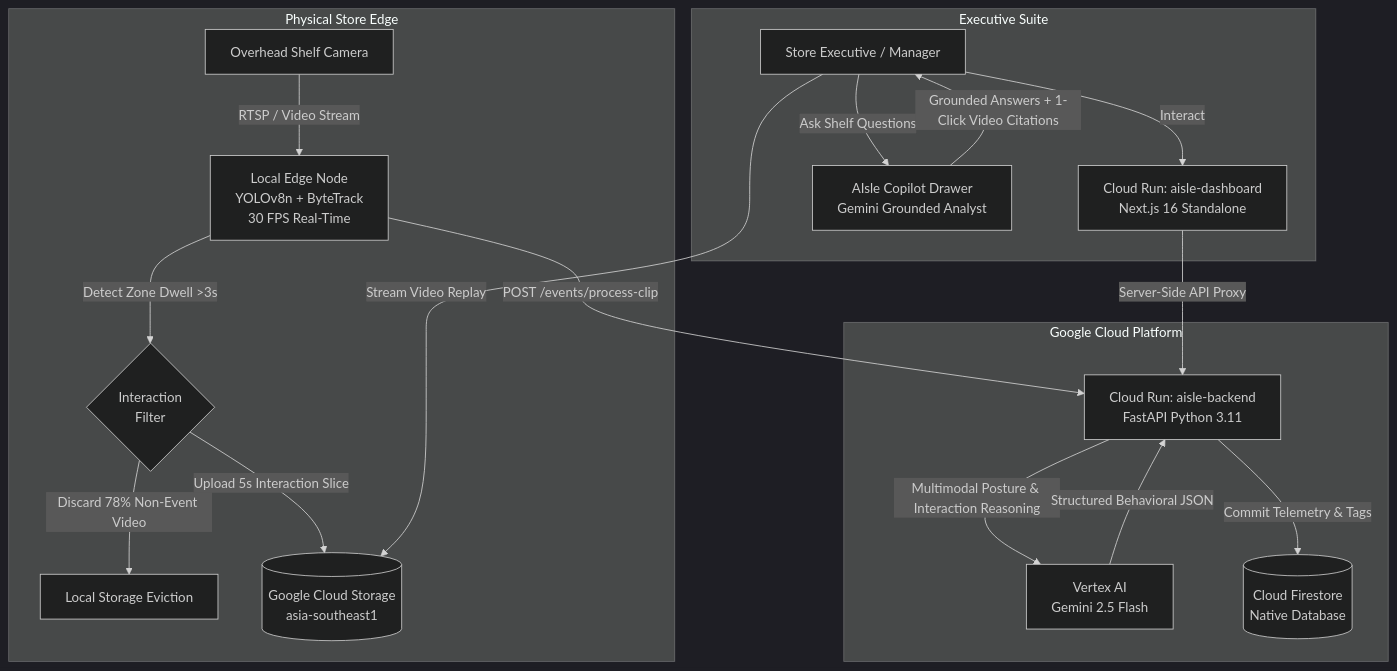
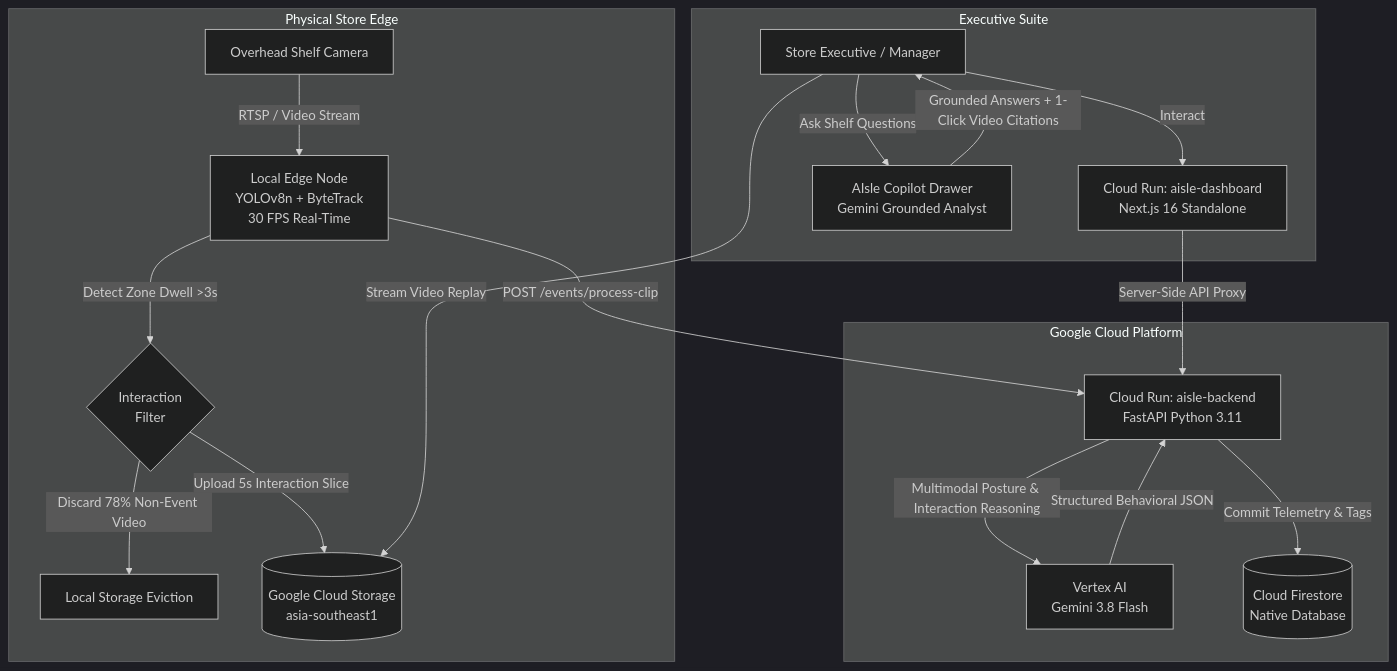
One commit to kend0t/aisle changed the diagram in README.md. Above: the diagram before and after it, drawn with Mermaid (dark theme). The commit also changed other lines of this file and 1 other file, not shown here.

````diff
--- a/README.md
+++ b/README.md
@@ -30,24 +34,24 @@
 ```mermaid
 graph TD
     subgraph "Physical Store Edge"
         Camera[Overhead Shelf Camera] -->|RTSP / Video Stream| EdgeNode[Local Edge Node<br>YOLOv8n + ByteTrack<br>30 FPS Real-Time]
         EdgeNode -->|Detect Zone Dwell >3s| EdgeFilter{Interaction<br>Filter}
         EdgeFilter -->|Discard 78% Non-Event Video| Dropped[Local Storage Eviction]
         EdgeFilter -->|Upload 5s Interaction Slice| GCS[(Google Cloud Storage<br>asia-southeast1)]
     end
 
     subgraph "Google Cloud Platform"
         EdgeNode -->|POST /events/process-clip| Backend[Cloud Run: aisle-backend<br>FastAPI Python 3.11]
-        Backend -->|Multimodal Posture & Interaction Reasoning| Gemini[Vertex AI<br>Gemini 2.5 Flash]
+        Backend -->|Multimodal Posture & Interaction Reasoning| Gemini[Vertex AI<br>Gemini 3.8 Flash]
         Gemini -->|Structured Behavioral JSON| Backend
         Backend -->|Commit Telemetry & Tags| Firestore[(Cloud Firestore<br>Native Database)]
     end
 
     subgraph "Executive Suite"
         Dashboard[Cloud Run: aisle-dashboard<br>Next.js 16 Standalone] -->|Server-Side API Proxy| Backend
         Executive[Store Executive / Manager] -->|Interact| Dashboard
         Executive -->|Ask Shelf Questions| Copilot[AIsle Copilot Drawer<br>Gemini Grounded Analyst]
         Copilot -->|Grounded Answers + 1-Click Video Citations| Executive
         Executive -->|Stream Video Replay| GCS
     end
 ```
````
